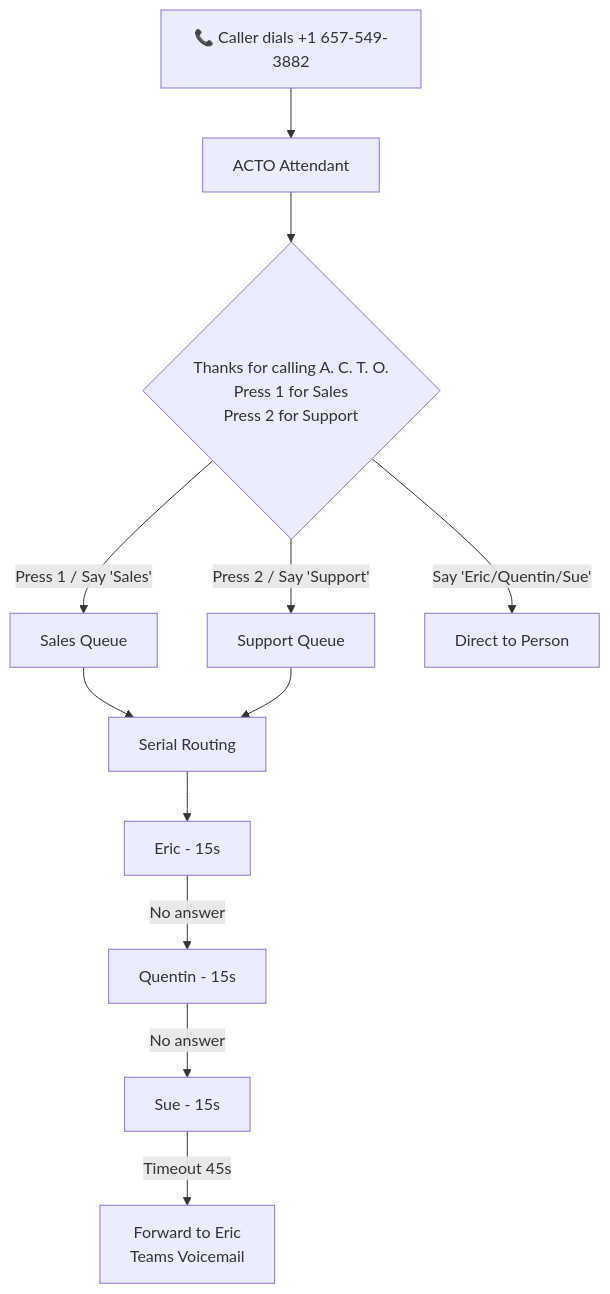
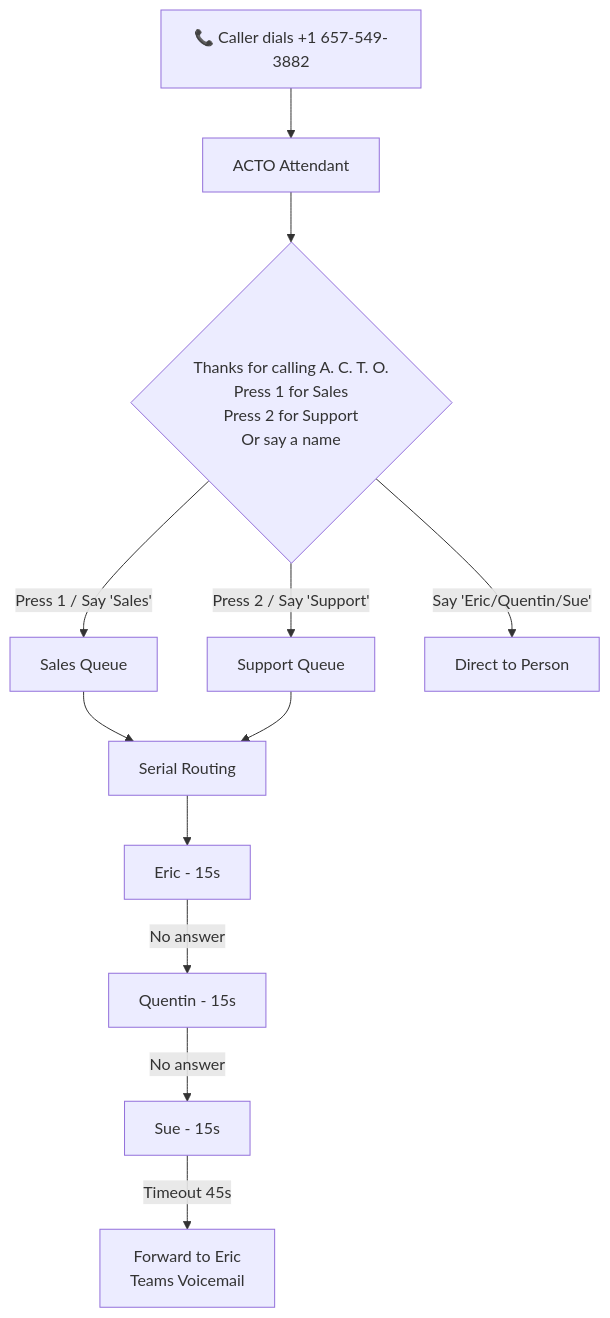
Before and after one commit to ACTO-LLC/acto-infra: the diagram in teams-voice/docs/configuration-guide.md, drawn with Mermaid. The commit also changed other lines of this file and 1 other file, not shown here.

Commit message:
Update greeting to mention dial-by-name option
Greeting now says "or say the name of the person you are
trying to reach" - callers know the option exists but
don't get a directory listing of names.

````diff
--- a/teams-voice/docs/configuration-guide.md
+++ b/teams-voice/docs/configuration-guide.md
@@ -29,17 +29,17 @@
 ```mermaid
 flowchart TD
     A[📞 Caller dials +1 657-549-3882] --> B[ACTO Attendant]
-    B --> C{"Thanks for calling A. C. T. O.<br/>Press 1 for Sales<br/>Press 2 for Support"}
+    B --> C{"Thanks for calling A. C. T. O.<br/>Press 1 for Sales<br/>Press 2 for Support<br/>Or say a name"}
 
     C -->|Press 1 / Say 'Sales'| D[Sales Queue]
     C -->|Press 2 / Say 'Support'| E[Support Queue]
     C -->|Say 'Eric/Quentin/Sue'| K[Direct to Person]
 
     D --> F[Serial Routing]
     E --> F
 
     F --> G[Eric - 15s]
     G -->|No answer| H[Quentin - 15s]
     H -->|No answer| I[Sue - 15s]
     I -->|Timeout 45s| J[Forward to Eric<br/>Teams Voicemail]
 ```
````
